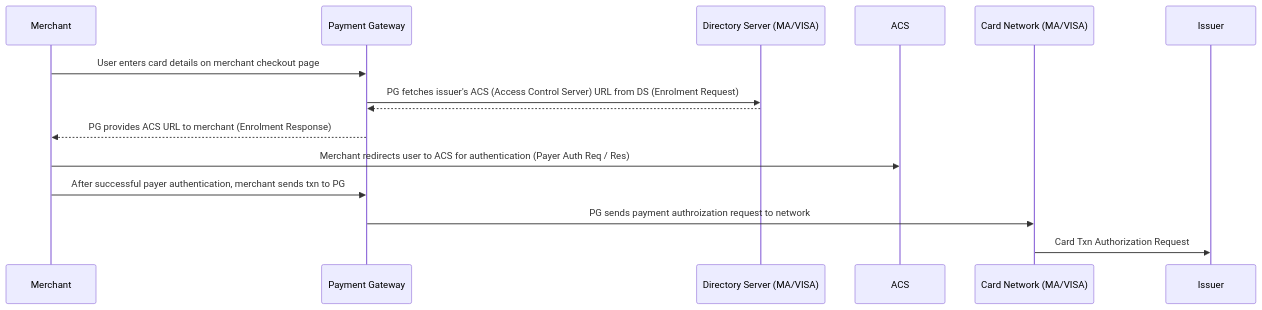
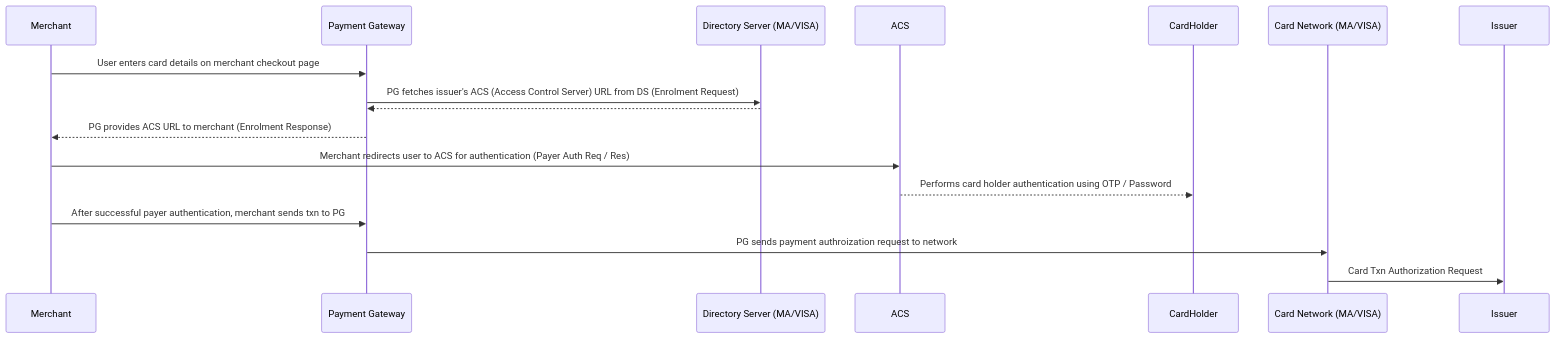
The first of 3 diagrams in digital-payments/3DS2.md (maulikdave-fh/notes), drawn with Mermaid before and after one commit.

Commit message:
add ACS authenticates cardholder step

````diff
--- a/digital-payments/3DS2.md
+++ b/digital-payments/3DS2.md
@@ -6,11 +6,12 @@
 ```mermaid
   sequenceDiagram
     Merchant ->> Payment Gateway: User enters card details on merchant checkout page
     Payment Gateway ->> Directory Server (MA/VISA): PG fetches issuer's ACS (Access Control Server) URL from DS (Enrolment Request)
     Directory Server (MA/VISA) -->> Payment Gateway: 
     Payment Gateway -->> Merchant: PG provides ACS URL to merchant (Enrolment Response)
     Merchant ->> ACS: Merchant redirects user to ACS for authentication (Payer Auth Req / Res)
+    ACS -->> CardHolder : Performs card holder authentication using OTP / Password
     Merchant ->> Payment Gateway: After successful payer authentication, merchant sends txn to PG
     Payment Gateway ->> Card Network (MA/VISA): PG sends payment authroization request to network
     Card Network (MA/VISA) ->> Issuer: Card Txn Authorization Request 
 ```
````
